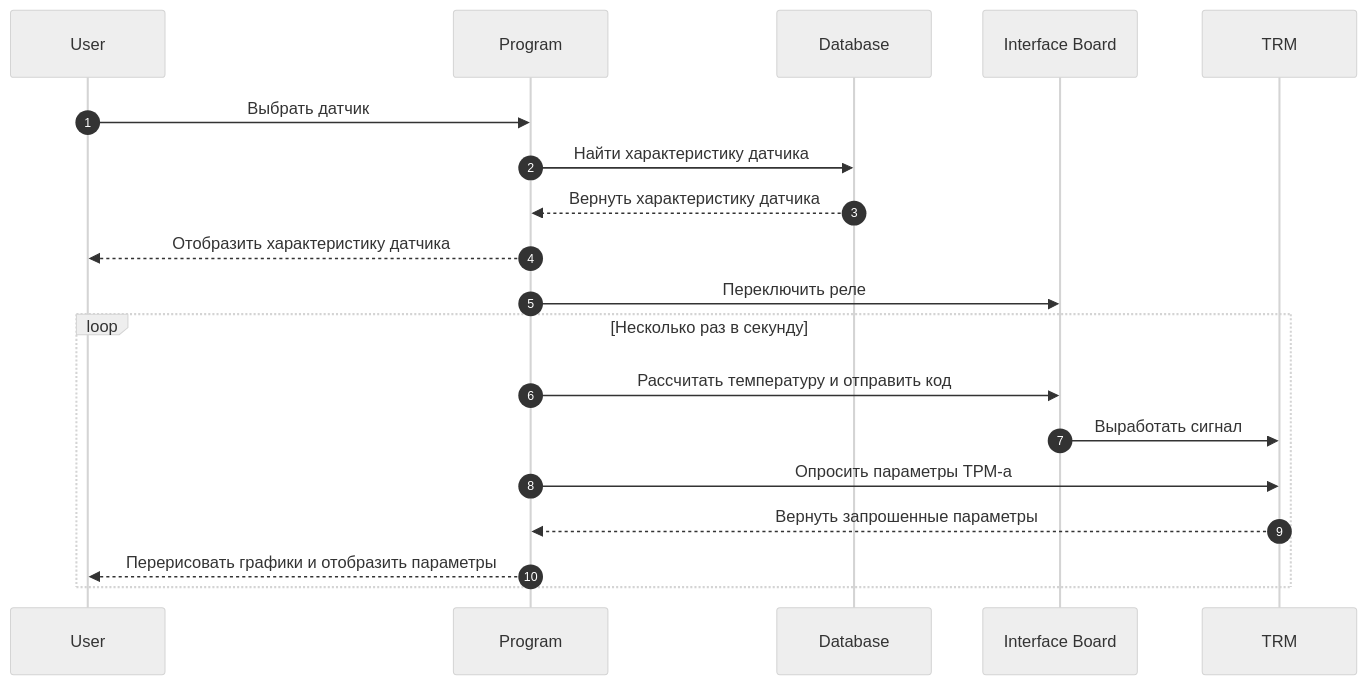
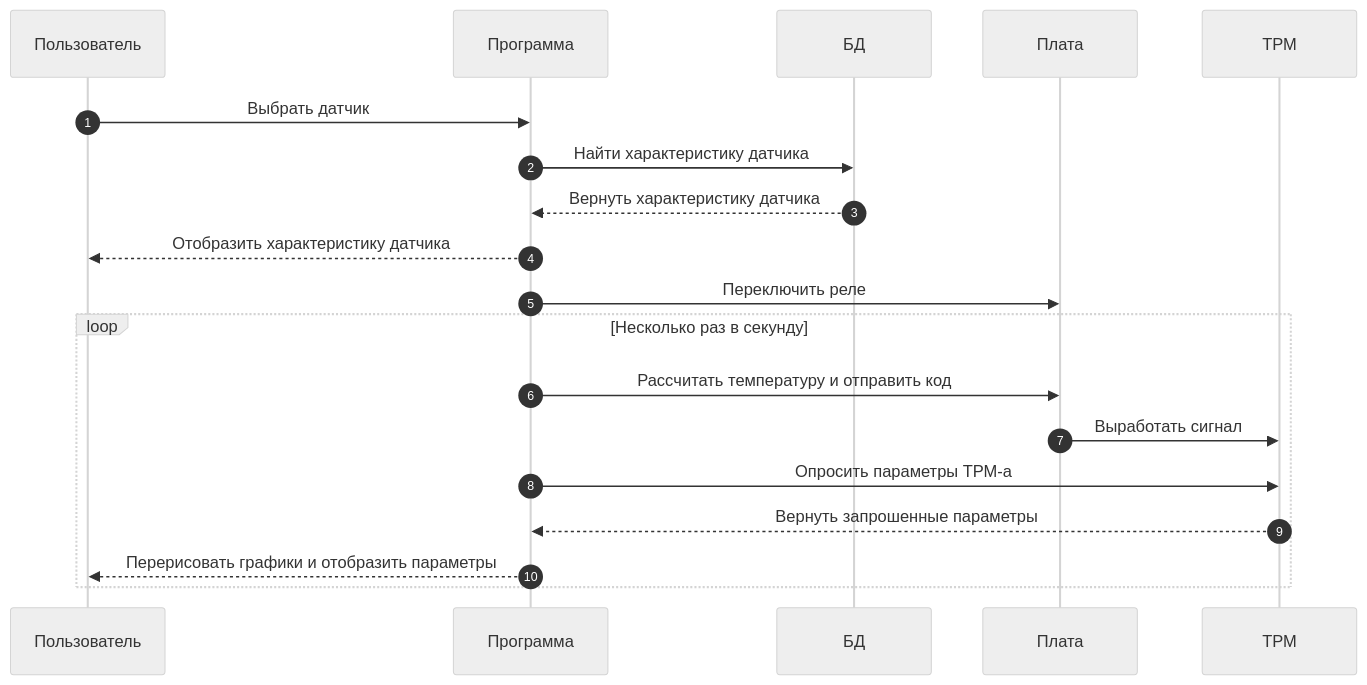
Before and after one commit to Marik28/dissertation: the diagram in data/diagrams/последовательность.md, drawn with Mermaid (neutral theme).

Commit message:
translate

````diff
--- a/data/diagrams/последовательность.md
+++ b/data/diagrams/последовательность.md
@@ -1,21 +1,21 @@
 ```mermaid
 sequenceDiagram
     autonumber
-    participant User
-    participant Program
-    participant Database
-    participant Interface Board
-    participant TRM
-    User ->> Program: Выбрать датчик
-    Program ->> Database: Найти характеристику датчика
-    Database -->> Program: Вернуть характеристику датчика
-    Program -->> User: Отобразить характеристику датчика
-    Program ->> Interface Board: Переключить реле
+    participant Пользователь
+    participant Программа
+    participant БД
+    participant Плата
+    participant ТРМ
+    Пользователь ->> Программа: Выбрать датчик
+    Программа ->> БД: Найти характеристику датчика
+    БД -->> Программа: Вернуть характеристику датчика
+    Программа -->> Пользователь: Отобразить характеристику датчика
+    Программа ->> Плата: Переключить реле
     loop Несколько раз в секунду
-        Program ->> Interface Board: Расcчитать температуру и отправить код
-        Interface Board ->> TRM: Выработать сигнал
-        Program ->> TRM: Опросить параметры ТРМ-а
-        TRM -->> Program: Вернуть запрошенные параметры
-        Program -->> User: Перерисовать графики и отобразить параметры
+        Программа ->> Плата: Расcчитать температуру и отправить код
+        Плата ->> ТРМ: Выработать сигнал
+        Программа ->> ТРМ: Опросить параметры ТРМ-а
+        ТРМ -->> Программа: Вернуть запрошенные параметры
+        Программа -->> Пользователь: Перерисовать графики и отобразить параметры
     end
 ```
````
